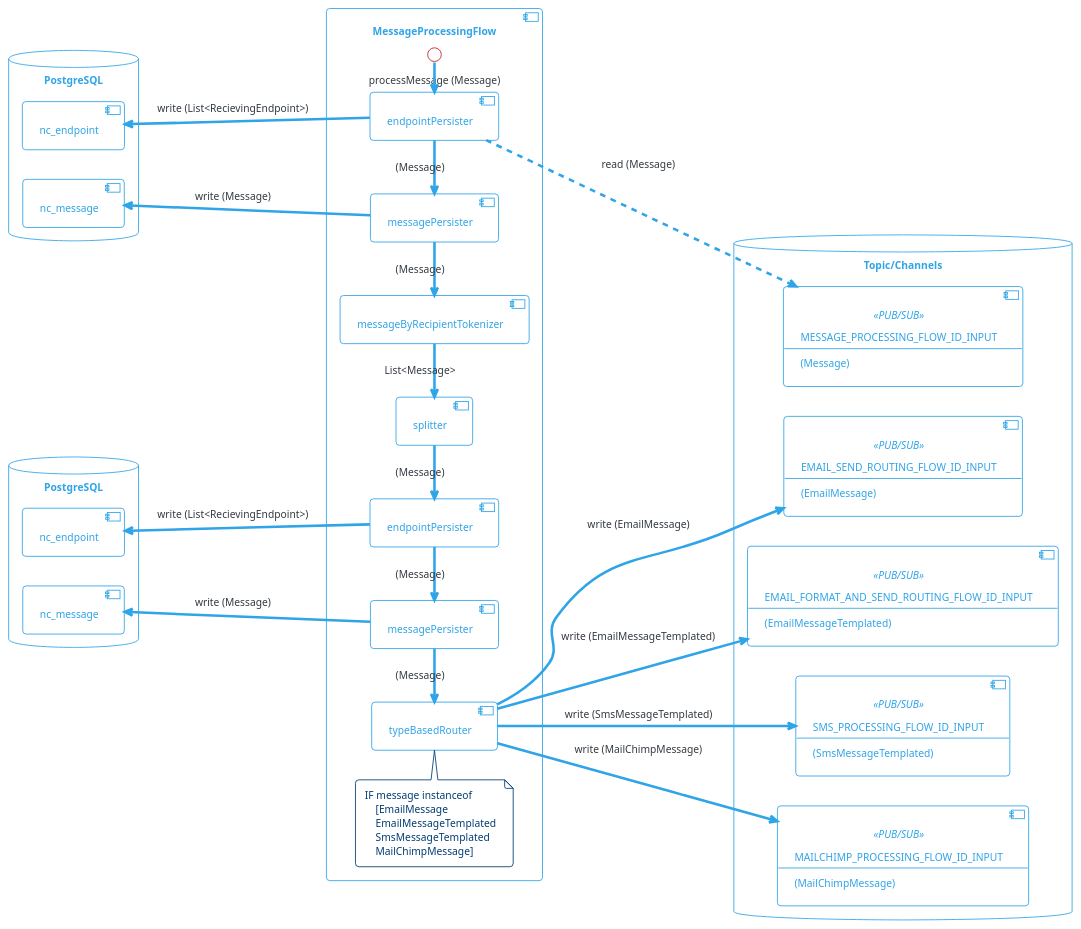
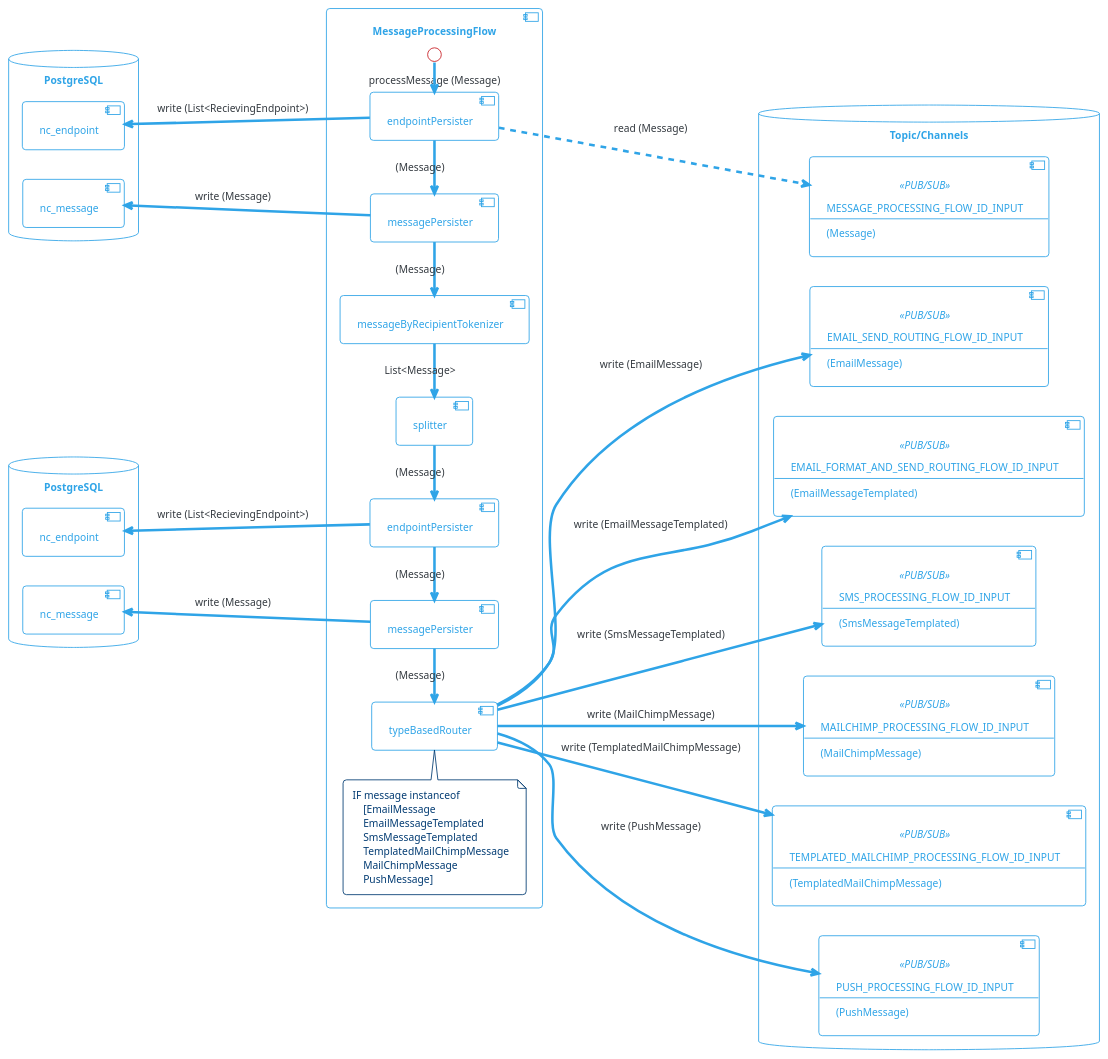
The diagram in diagrams/src/message-processing-flow.puml (com-obj/notiflow), drawn with PlantUML before and after one commit. The commit also changed 50 other files, not shown here.

```diff
--- a/diagrams/src/message-processing-flow.puml
+++ b/diagrams/src/message-processing-flow.puml
@@ -1,96 +1,112 @@
 @startuml
 
 !theme cerulean-outline
 
 left to right direction
 
 skinparam backgroundcolor White
 skinparam component {
     backgroundColor<<user defined>> LightGray
 }
 
 database "PostgreSQL" as pg1 {
     [nc_message]
     [nc_endpoint]
 }
 
 database "PostgreSQL" as pg2 {
     [nc_message] as nc_message2
     [nc_endpoint] as nc_endpoint2
 }
 
 database "Topic/Channels" {
     component MESSAGE_PROCESSING_FLOW_ID_INPUT<<PUB/SUB>>[
         MESSAGE_PROCESSING_FLOW_ID_INPUT
         --
         (Message)
     ]
 
     component EMAIL_SEND_ROUTING_FLOW_ID_INPUT<<PUB/SUB>>[
         EMAIL_SEND_ROUTING_FLOW_ID_INPUT
         --
         (EmailMessage)   
     ]
 
     component EMAIL_FORMAT_AND_SEND_ROUTING_FLOW_ID_INPUT<<PUB/SUB>>[
         EMAIL_FORMAT_AND_SEND_ROUTING_FLOW_ID_INPUT
         --
         (EmailMessageTemplated)
     ]
 
     component SMS_PROCESSING_FLOW_ID_INPUT<<PUB/SUB>>[
         SMS_PROCESSING_FLOW_ID_INPUT
         --
         (SmsMessageTemplated)
     ]
 
     component MAILCHIMP_PROCESSING_FLOW_ID_INPUT<<PUB/SUB>>[
         MAILCHIMP_PROCESSING_FLOW_ID_INPUT
         --
         (MailChimpMessage)
     ]
+    
+    component TEMPLATED_MAILCHIMP_PROCESSING_FLOW_ID_INPUT<<PUB/SUB>>[
+        TEMPLATED_MAILCHIMP_PROCESSING_FLOW_ID_INPUT
+        --
+        (TemplatedMailChimpMessage)
+    ]
+    
+    component PUSH_PROCESSING_FLOW_ID_INPUT<<PUB/SUB>>[
+        PUSH_PROCESSING_FLOW_ID_INPUT
+        --
+        (PushMessage)
+    ]
 }
 
 component "MessageProcessingFlow" {
     [endpointPersister] as endpointPersister1
     [messagePersister] as messagePersister1
     [messageByRecipientTokenizer]
     [splitter]
     [endpointPersister] as endpointPersister2
     [messagePersister] as messagePersister2
     [typeBasedRouter]
 
     note top of typeBasedRouter 
     IF message instanceof  
         [EmailMessage
         EmailMessageTemplated
         SmsMessageTemplated
-        MailChimpMessage]
+        TemplatedMailChimpMessage
+        MailChimpMessage
+        PushMessage]
     end note  
 
     endpointPersister1 -l-> messagePersister1 : (Message)
     messagePersister1 -l-> messageByRecipientTokenizer : (Message)
     messageByRecipientTokenizer -l-> splitter : List<Message>
     splitter -l-> endpointPersister2 : (Message)
     endpointPersister2 -l-> messagePersister2: (Message)
     messagePersister2 -l--> typeBasedRouter: (Message)
 
     endpointPersister1 ..> MESSAGE_PROCESSING_FLOW_ID_INPUT : read (Message) 
     typeBasedRouter --> EMAIL_SEND_ROUTING_FLOW_ID_INPUT: write (EmailMessage)
     typeBasedRouter --> EMAIL_FORMAT_AND_SEND_ROUTING_FLOW_ID_INPUT: write (EmailMessageTemplated)
     typeBasedRouter --> SMS_PROCESSING_FLOW_ID_INPUT: write (SmsMessageTemplated)
     typeBasedRouter --> MAILCHIMP_PROCESSING_FLOW_ID_INPUT: write (MailChimpMessage)
+    typeBasedRouter --> TEMPLATED_MAILCHIMP_PROCESSING_FLOW_ID_INPUT: write (TemplatedMailChimpMessage)
+    typeBasedRouter --> PUSH_PROCESSING_FLOW_ID_INPUT: write (PushMessage)
 
     messagePersister2 -u-> nc_message2: write (Message)
     endpointPersister2 -u-> nc_endpoint2: write (List<RecievingEndpoint>)
     
     messagePersister1 -u-> nc_message: write (Message)
     endpointPersister1 -u-> nc_endpoint: write (List<RecievingEndpoint>)
 
 
     interface "processMessage (Message)" as processMessage  
     processMessage -l-> endpointPersister1
 }
 
 
 @enduml
```
